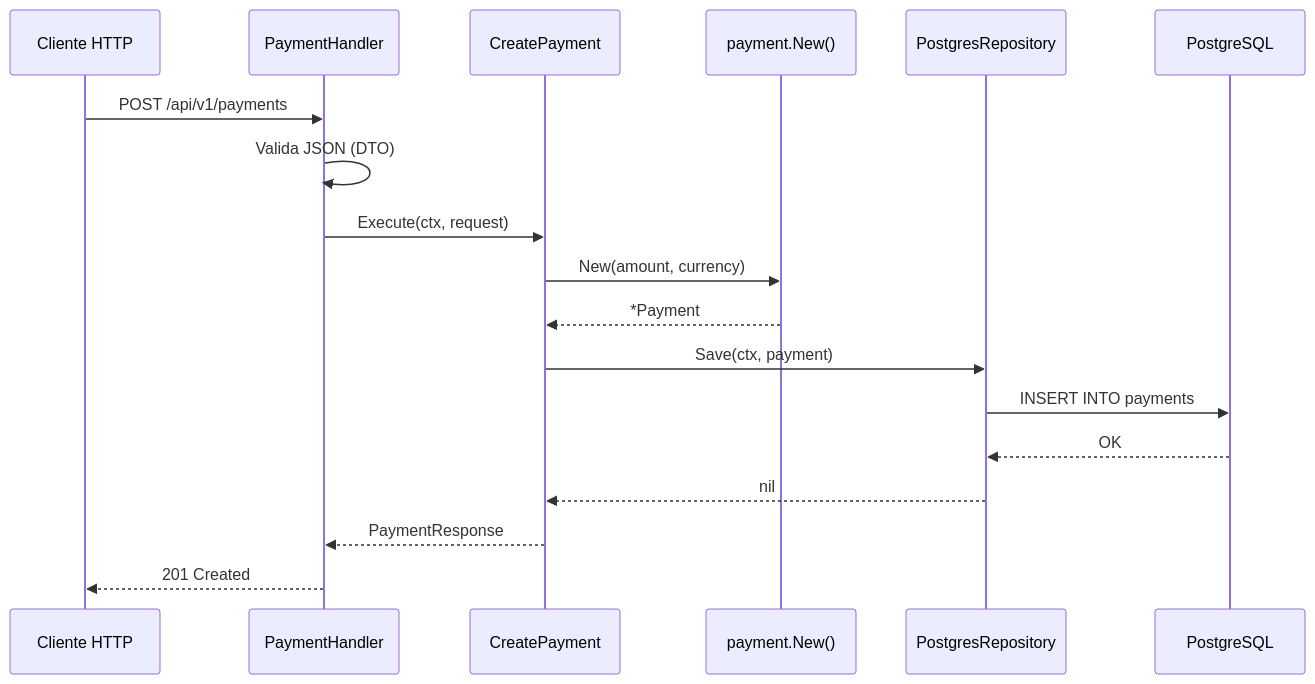
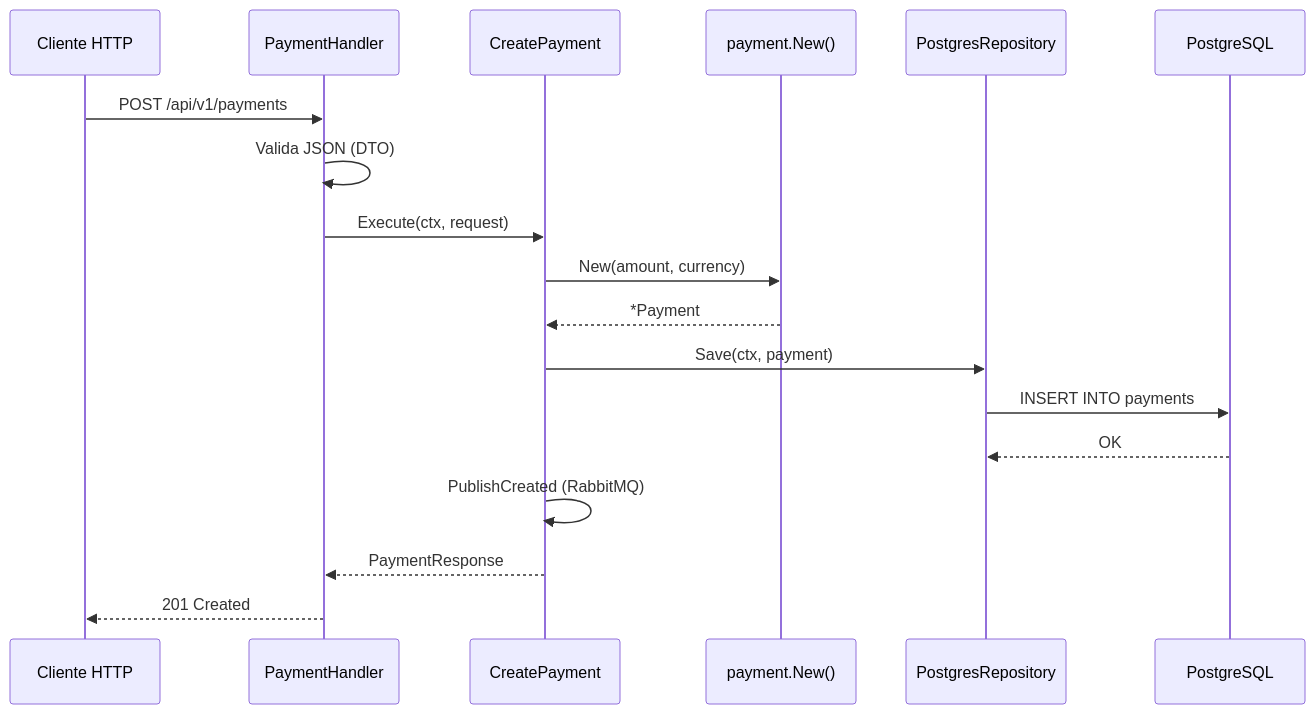
The second of 5 diagrams in README.md (VictordaSilvaf/payment_service), drawn with Mermaid before and after one commit. The commit also changed other lines of this file and 13 other files, not shown here.

````diff
--- a/README.md
+++ b/README.md
@@ -137,21 +140,21 @@
 ```mermaid
 sequenceDiagram
     participant Client as Cliente HTTP
     participant Handler as PaymentHandler
     participant UC as CreatePayment
     participant Domain as payment.New()
     participant Repo as PostgresRepository
     participant DB as PostgreSQL
 
     Client->>Handler: POST /api/v1/payments
     Handler->>Handler: Valida JSON (DTO)
     Handler->>UC: Execute(ctx, request)
     UC->>Domain: New(amount, currency)
     Domain-->>UC: *Payment
     UC->>Repo: Save(ctx, payment)
     Repo->>DB: INSERT INTO payments
     DB-->>Repo: OK
-    Repo-->>UC: nil
+    UC->>UC: PublishCreated (RabbitMQ)
     UC-->>Handler: PaymentResponse
     Handler-->>Client: 201 Created
 ```
````
